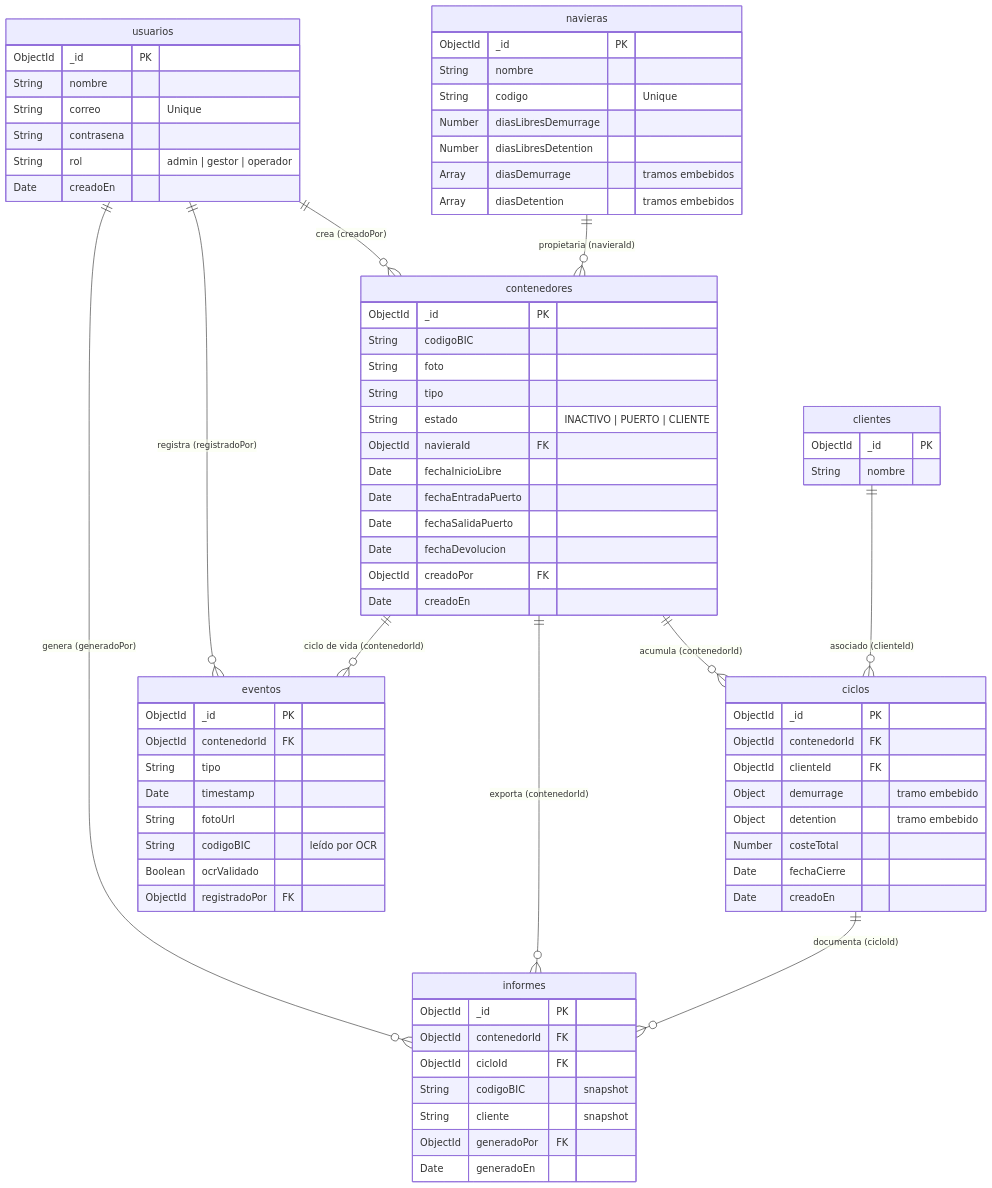
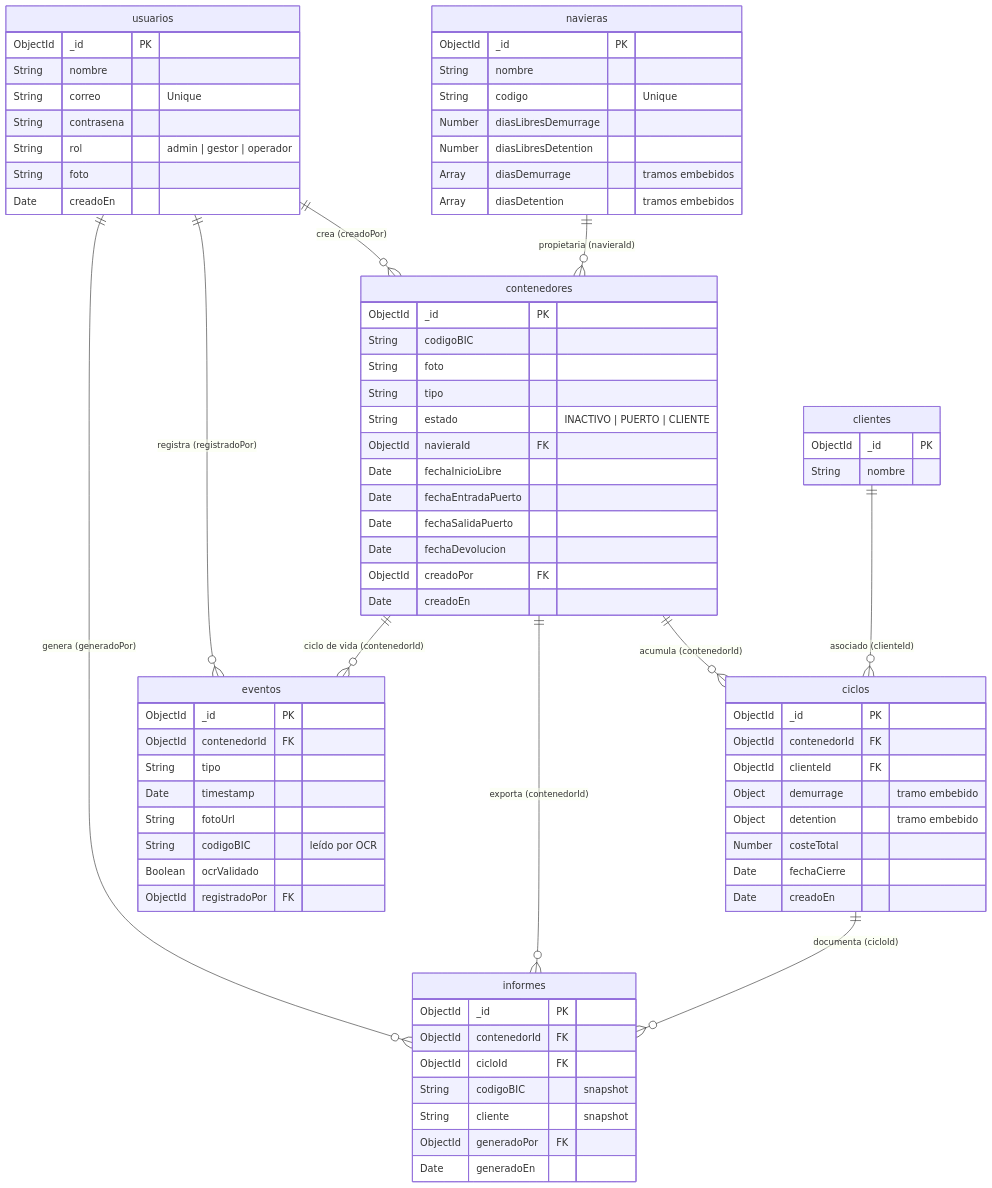
One commit to Agsergio04/Fluster changed the first of 6 diagrams in docs/05-diseno.md. Above: the diagram before and after it, drawn with Mermaid. The commit also changed other lines of this file and 12 other files, not shown here.

````diff
--- a/docs/05-diseno.md
+++ b/docs/05-diseno.md
@@ -45,77 +45,78 @@
 ```mermaid
 erDiagram
     usuarios {
         ObjectId _id PK
         String   nombre
         String   correo    "Unique"
         String   contrasena
         String   rol       "admin | gestor | operador"
+        String   foto
         Date     creadoEn
     }
     navieras {
         ObjectId _id PK
         String   nombre
         String   codigo               "Unique"
         Number   diasLibresDemurrage
         Number   diasLibresDetention
         Array    diasDemurrage        "tramos embebidos"
         Array    diasDetention        "tramos embebidos"
     }
     clientes {
         ObjectId _id PK
         String   nombre
     }
     contenedores {
         ObjectId _id              PK
         String   codigoBIC
         String   foto
         String   tipo
         String   estado           "INACTIVO | PUERTO | CLIENTE"
         ObjectId navieraId        FK
         Date     fechaInicioLibre
         Date     fechaEntradaPuerto
         Date     fechaSalidaPuerto
         Date     fechaDevolucion
         ObjectId creadoPor        FK
         Date     creadoEn
     }
     ciclos {
         ObjectId _id           PK
         ObjectId contenedorId  FK
         ObjectId clienteId     FK
         Object   demurrage     "tramo embebido"
         Object   detention     "tramo embebido"
         Number   costeTotal
         Date     fechaCierre
         Date     creadoEn
     }
     eventos {
         ObjectId _id           PK
         ObjectId contenedorId  FK
         String   tipo
         Date     timestamp
         String   fotoUrl
         String   codigoBIC     "leído por OCR"
         Boolean  ocrValidado
         ObjectId registradoPor FK
     }
     informes {
         ObjectId _id          PK
         ObjectId contenedorId FK
         ObjectId cicloId      FK
         String   codigoBIC    "snapshot"
         String   cliente      "snapshot"
         ObjectId generadoPor  FK
         Date     generadoEn
     }
 
     usuarios     ||--o{ contenedores : "crea (creadoPor)"
     usuarios     ||--o{ eventos      : "registra (registradoPor)"
     usuarios     ||--o{ informes     : "genera (generadoPor)"
     navieras     ||--o{ contenedores : "propietaria (navieraId)"
     contenedores ||--o{ ciclos       : "acumula (contenedorId)"
     clientes     ||--o{ ciclos       : "asociado (clienteId)"
     contenedores ||--o{ eventos      : "ciclo de vida (contenedorId)"
     contenedores ||--o{ informes     : "exporta (contenedorId)"
     ciclos       ||--o{ informes     : "documenta (cicloId)"
 ```
````
